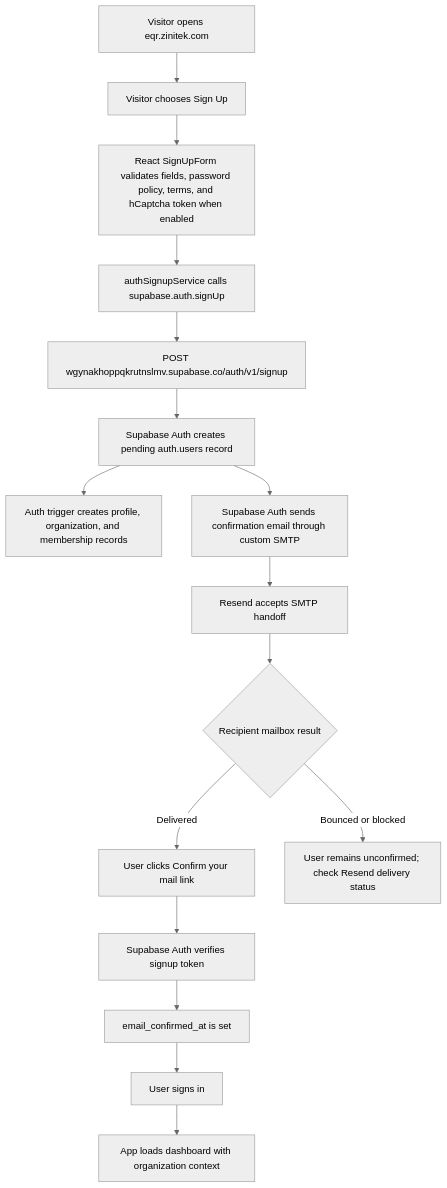
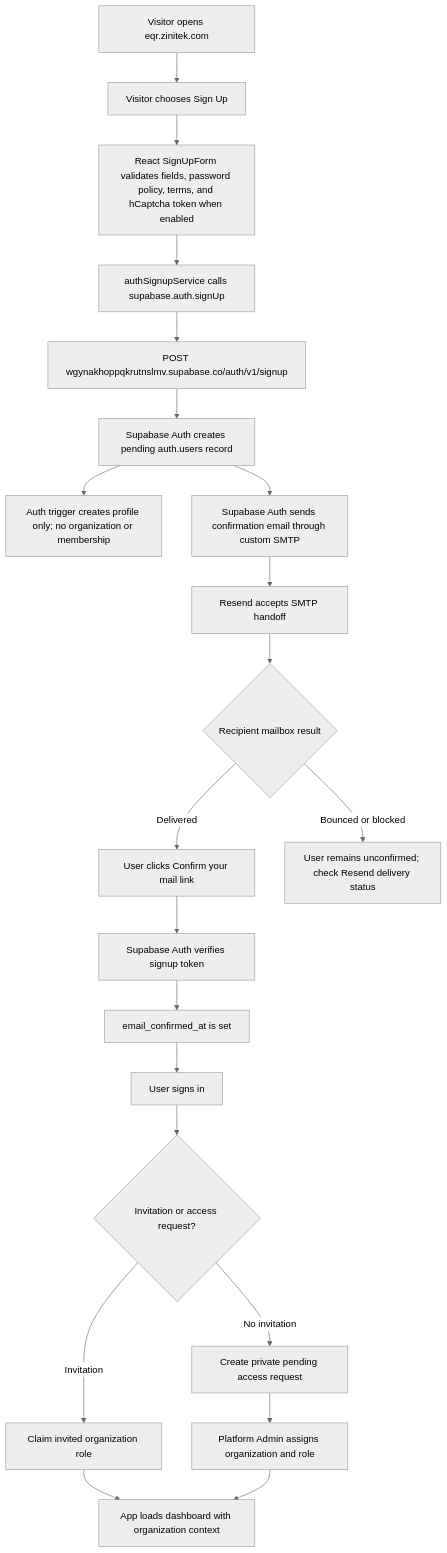
The diagram in docs/ops/auth-signup-email-workflow.md (phan-tan-7211/Equipment-Management), drawn with Mermaid (neutral theme) before and after one commit. The commit also changed other lines of this file and 12 other files, not shown here.

Commit message:
feat: add self-registration access approval flow

````diff
--- a/docs/ops/auth-signup-email-workflow.md
+++ b/docs/ops/auth-signup-email-workflow.md
@@ -29,18 +29,23 @@
 ```mermaid
 flowchart TD
   A[Visitor opens eqr.zinitek.com] --> B[Visitor chooses Sign Up]
   B --> C[React SignUpForm validates fields, password policy, terms, and hCaptcha token when enabled]
   C --> D[authSignupService calls supabase.auth.signUp]
   D --> E[POST wgynakhoppqkrutnslmv.supabase.co/auth/v1/signup]
   E --> F[Supabase Auth creates pending auth.users record]
-  F --> G[Auth trigger creates profile, organization, and membership records]
+  F --> G[Auth trigger creates profile only; no organization or membership]
   F --> H[Supabase Auth sends confirmation email through custom SMTP]
   H --> I[Resend accepts SMTP handoff]
   I --> J{Recipient mailbox result}
   J -->|Delivered| K[User clicks Confirm your mail link]
   J -->|Bounced or blocked| L[User remains unconfirmed; check Resend delivery status]
   K --> M[Supabase Auth verifies signup token]
   M --> N[email_confirmed_at is set]
   N --> O[User signs in]
-  O --> P[App loads dashboard with organization context]
+  O --> P{Invitation or access request?}
+  P -->|Invitation| Q[Claim invited organization role]
+  P -->|No invitation| R[Create private pending access request]
+  Q --> S[App loads dashboard with organization context]
+  R --> T[Platform Admin assigns organization and role]
+  T --> S
 ```
````
